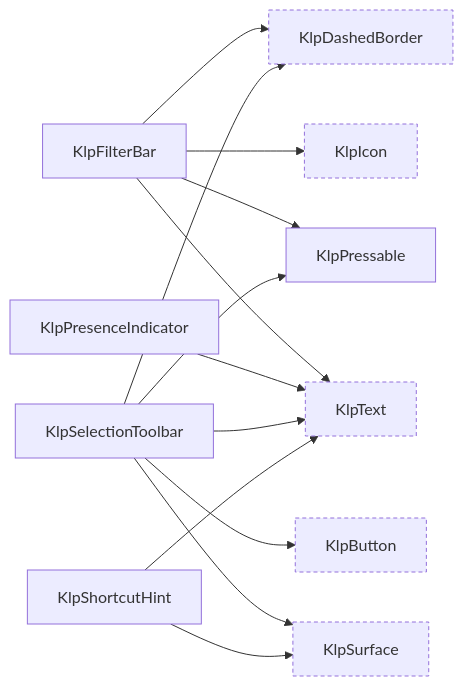
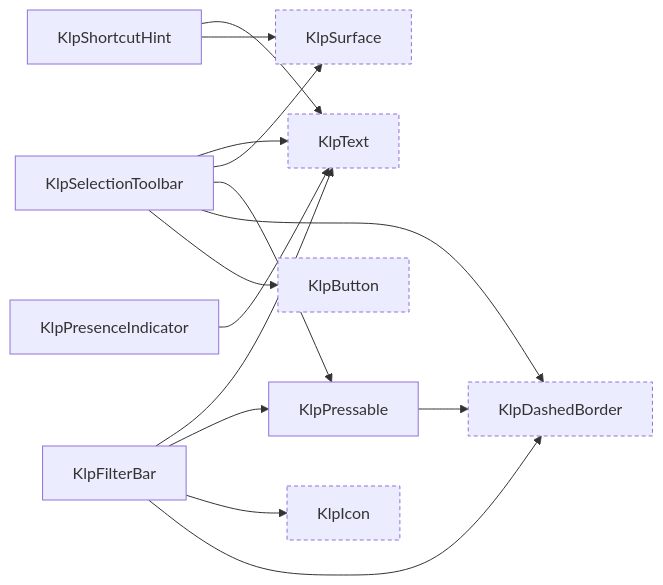
One commit to MiuDog/Kallopis changed the sixth of 16 diagrams in spec/component-inventory.md. Above: the diagram before and after it, drawn with Mermaid. The commit also changed other lines of this file and 70 other files, not shown here.

````diff
--- a/spec/component-inventory.md
+++ b/spec/component-inventory.md
@@ -299,26 +299,27 @@
 ```mermaid
 graph LR
   KlpButton["KlpButton"]:::external
   KlpDashedBorder["KlpDashedBorder"]:::external
   KlpFilterBar["KlpFilterBar"]
   KlpIcon["KlpIcon"]:::external
   KlpPresenceIndicator["KlpPresenceIndicator"]
   KlpPressable["KlpPressable"]
   KlpSelectionToolbar["KlpSelectionToolbar"]
   KlpShortcutHint["KlpShortcutHint"]
   KlpSurface["KlpSurface"]:::external
   KlpText["KlpText"]:::external
   KlpFilterBar --> KlpDashedBorder
   KlpFilterBar --> KlpIcon
   KlpFilterBar --> KlpPressable
   KlpFilterBar --> KlpText
   KlpPresenceIndicator --> KlpText
+  KlpPressable --> KlpDashedBorder
   KlpSelectionToolbar --> KlpButton
   KlpSelectionToolbar --> KlpDashedBorder
   KlpSelectionToolbar --> KlpPressable
   KlpSelectionToolbar --> KlpSurface
   KlpSelectionToolbar --> KlpText
   KlpShortcutHint --> KlpSurface
   KlpShortcutHint --> KlpText
   classDef external stroke-dasharray: 4 3;
 ```
````
